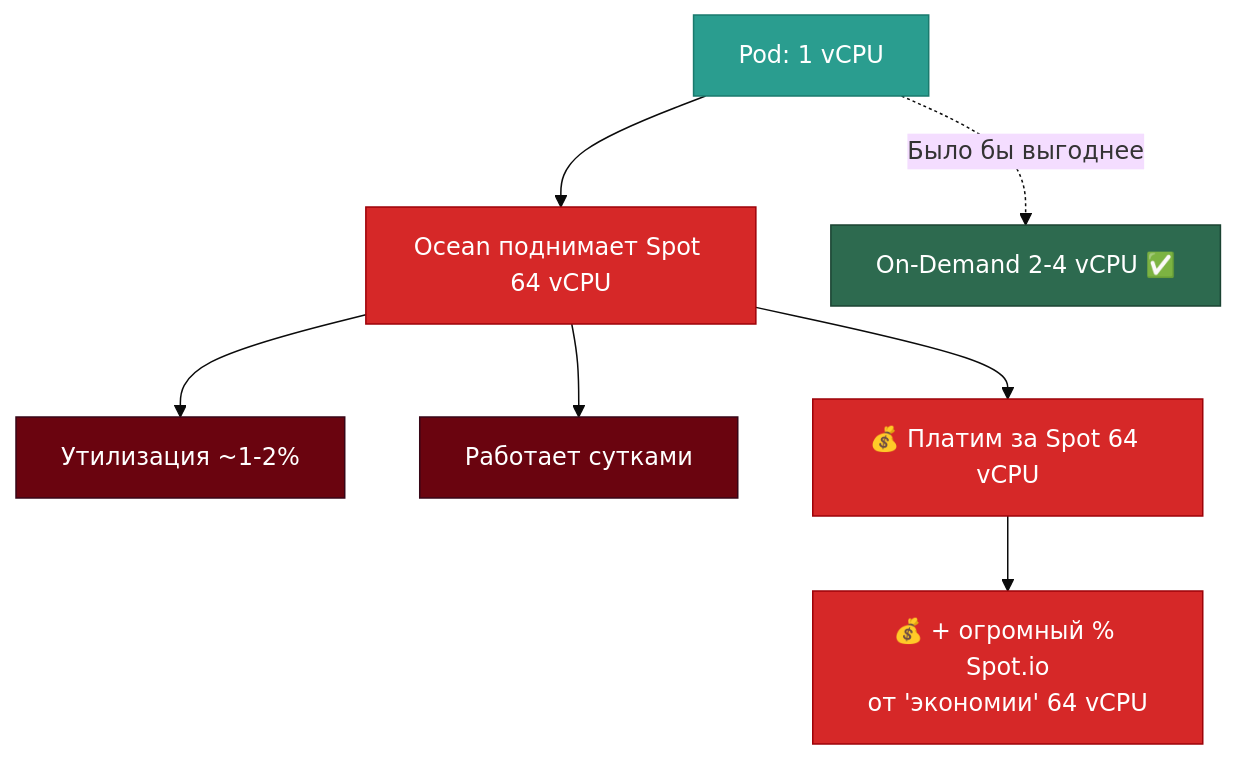
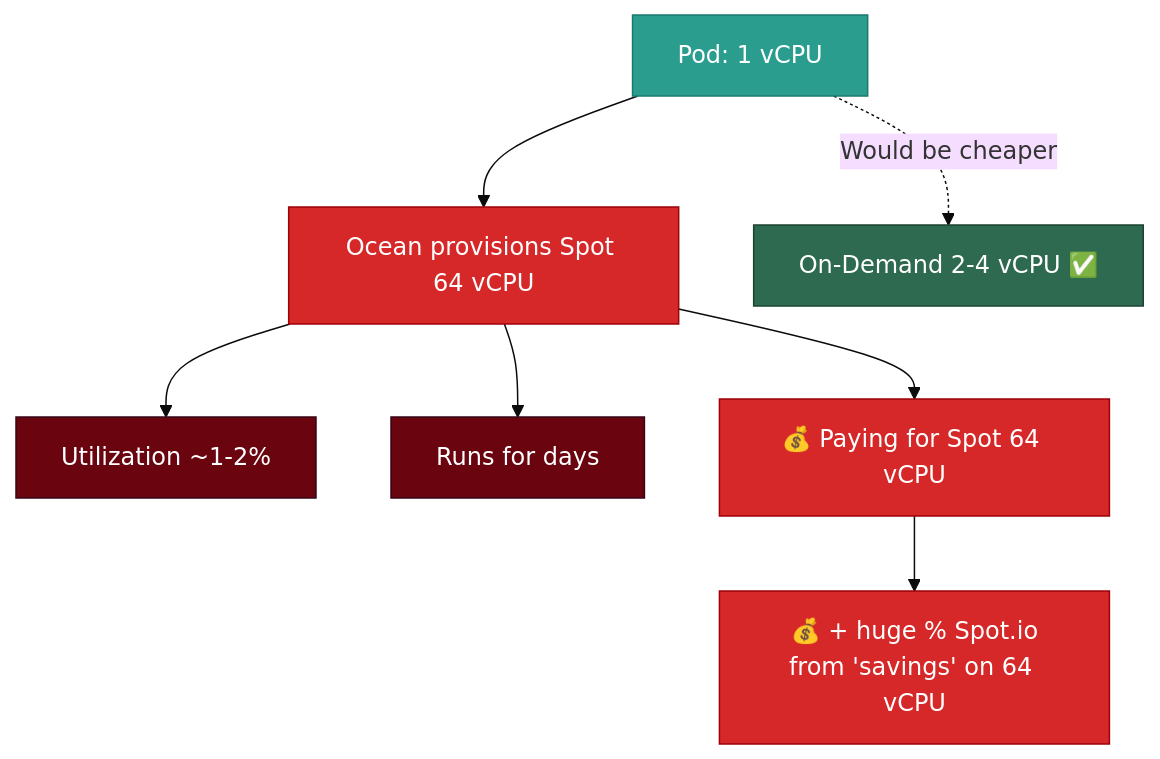
Before and after one commit to ViktorUJ/cks: the fourth of 10 diagrams in docs/articles/from_spot_io_to_karpenter/readme.MD, drawn with Mermaid. The commit also changed other lines of this file and 1 other file, not shown here.

````diff
--- a/docs/articles/from_spot_io_to_karpenter/readme.MD
+++ b/docs/articles/from_spot_io_to_karpenter/readme.MD
@@ -191,26 +193,26 @@
 ```mermaid
 ---
 config:
   theme: base
   themeVariables:
     fontSize: 16px
     nodeSpacing: 40
     rankSpacing: 60
 ---
 graph TD
-    POD["Pod: 1 vCPU"] --> SPOT_BIG["Ocean поднимает Spot 64 vCPU"]
-    SPOT_BIG --> UTIL["Утилизация ~1-2%"]
-    SPOT_BIG --> DAYS["Работает сутками"]
-    SPOT_BIG --> PAY["💰 Платим за Spot 64 vCPU"]
-    PAY --> SPOTIO["💰 + огромный % Spot.io<br/>от 'экономии' 64 vCPU"]
+    POD["Pod: 1 vCPU"] --> SPOT_BIG["Ocean provisions Spot 64 vCPU"]
+    SPOT_BIG --> UTIL["Utilization ~1-2%"]
+    SPOT_BIG --> DAYS["Runs for days"]
+    SPOT_BIG --> PAY["💰 Paying for Spot 64 vCPU"]
+    PAY --> SPOTIO["💰 + huge % Spot.io<br/>from 'savings' on 64 vCPU"]
 
-    POD -.->|"Было бы выгоднее"| SMALL["On-Demand 2-4 vCPU ✅"]
+    POD -.->|"Would be cheaper"| SMALL["On-Demand 2-4 vCPU ✅"]
 
     style POD fill:#2a9d8f,stroke:#1a7a6d,color:#fff
     style SPOT_BIG fill:#d62828,stroke:#9d0208,color:#fff
     style UTIL fill:#6a040f,stroke:#370617,color:#fff
     style DAYS fill:#6a040f,stroke:#370617,color:#fff
     style PAY fill:#d62828,stroke:#9d0208,color:#fff
     style SPOTIO fill:#d62828,stroke:#9d0208,color:#fff
     style SMALL fill:#2d6a4f,stroke:#1b4332,color:#fff
 ```
````
